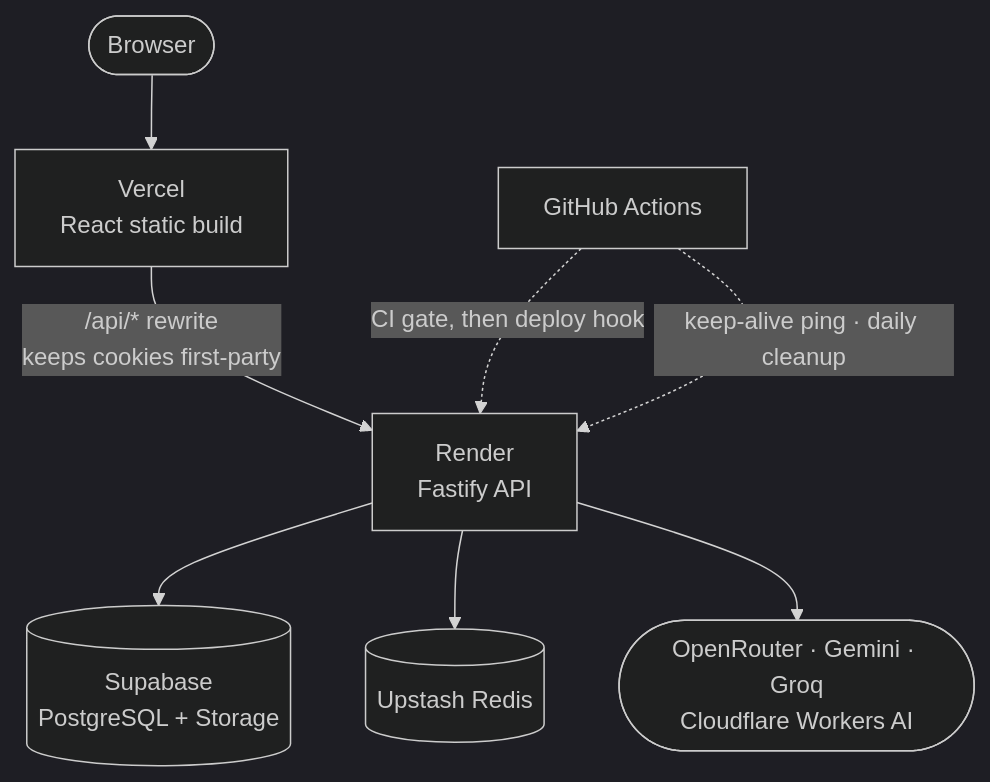
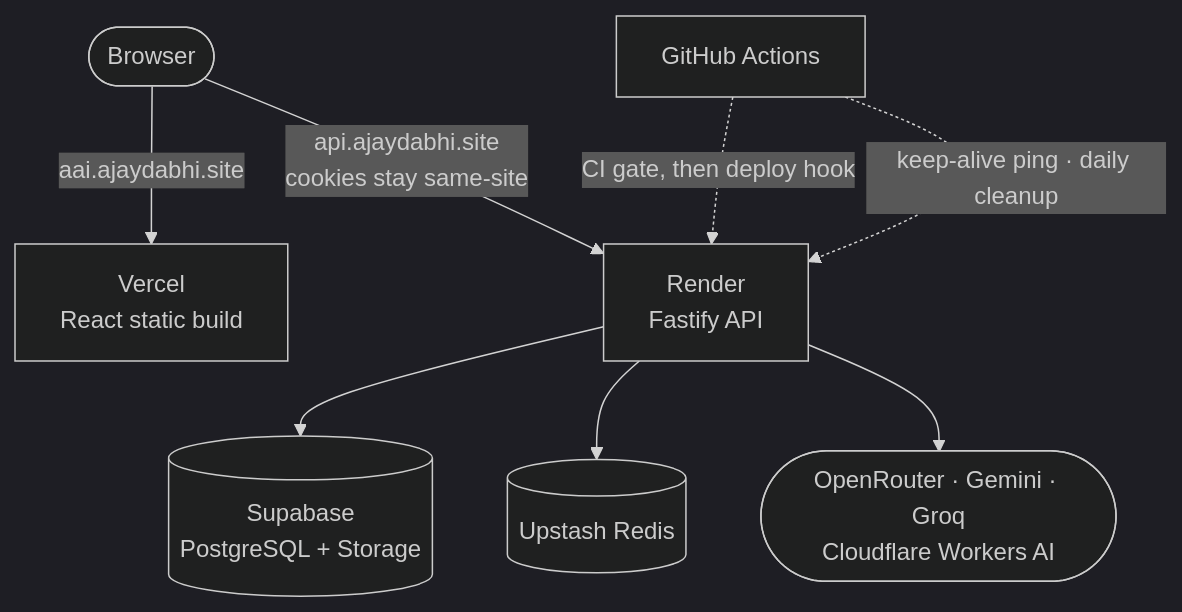
Before and after one commit to Ajay-Dabhi-99/A.AI: the sixth of 6 diagrams in README.md, drawn with Mermaid (dark theme). The commit also changed other lines of this file and 7 other files, not shown here.

````diff
--- a/README.md
+++ b/README.md
@@ -522,11 +522,11 @@
 ```mermaid
 flowchart TB
-  User([Browser]) --> Vercel["Vercel<br/>React static build"]
-  Vercel -->|"/api/* rewrite<br/>keeps cookies first-party"| Render["Render<br/>Fastify API"]
+  User([Browser]) -->|aai.ajaydabhi.site| Vercel["Vercel<br/>React static build"]
+  User -->|"api.ajaydabhi.site<br/>cookies stay same-site"| Render["Render<br/>Fastify API"]
   Render --> Supabase[("Supabase<br/>PostgreSQL + Storage")]
   Render --> Upstash[("Upstash Redis")]
   Render --> AI(["OpenRouter · Gemini · Groq<br/>Cloudflare Workers AI"])
 
   GH["GitHub Actions"] -.->|CI gate, then deploy hook| Render
   GH -.->|keep-alive ping · daily cleanup| Render
 ```
````
